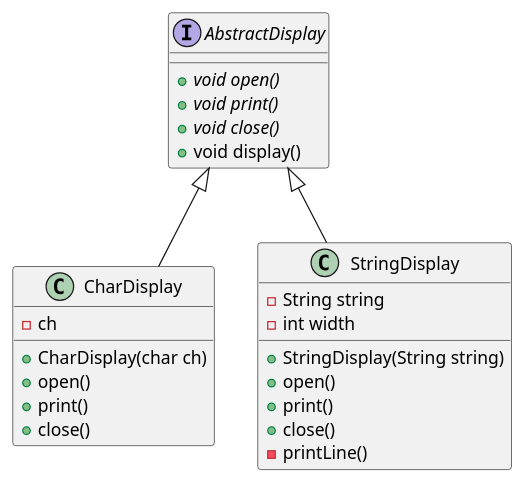
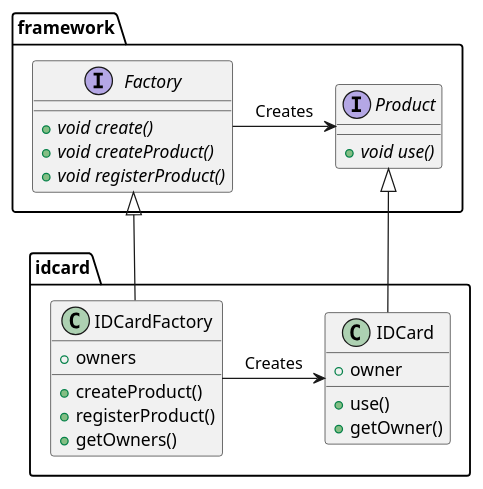
Before and after one commit to ku2ma2/design_pattern: the diagram in Factory/README.md, drawn with PlantUML. The commit also changed other lines of this file, not shown here.

Commit message:
Modified PlantUML for Factory pattern

````diff
--- a/Factory/README.md
+++ b/Factory/README.md
@@ -4,35 +4,38 @@
 ```uml
 @startuml
 
-
-interface AbstractDisplay {
-    {abstract} +void open()
-    {abstract} +void print()
-    {abstract} +void close()
-    +void display()
+package framework {
+    interface Factory {
+        {abstract} +void create()
+        {abstract} +void createProduct()
+        {abstract} +void registerProduct()
+    }
+    interface Product {
+        {abstract} +void use()
+    }
 }
 
-class CharDisplay {
-    -ch
-    +CharDisplay(char ch)
-    +open()
-    +print()
-    +close()
+package idcard {
+
+    class IDCardFactory {
+        +owners
+        +createProduct()
+        +registerProduct()
+        +getOwners()
+    }
+
+    class IDCard {
+        +owner
+        +use()
+        +getOwner()
+    }
 }
 
-class StringDisplay {
-  -String string
-  -int width
-  +StringDisplay(String string)
-  +open()
-  +print()
-  +close()
-  -printLine()
-}
 
-CharDisplay -up-|> AbstractDisplay
-StringDisplay -up-|> AbstractDisplay
-
+Factory -right-> Product: Creates
+IDCardFactory -up-|> Factory
+IDCardFactory -right-> IDCard: Creates
+IDCard -up-|> Product
 
 @enduml
 ```
````
